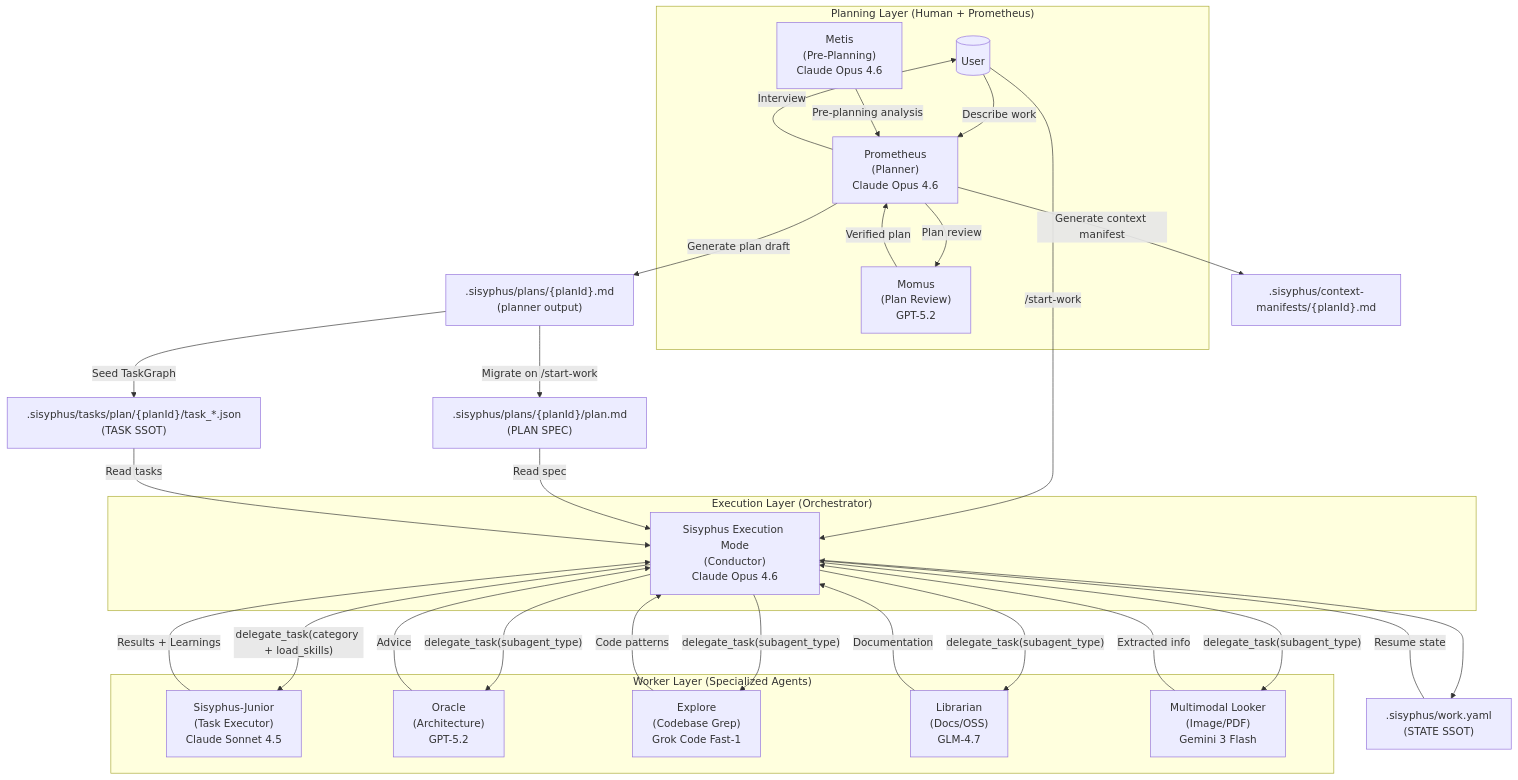
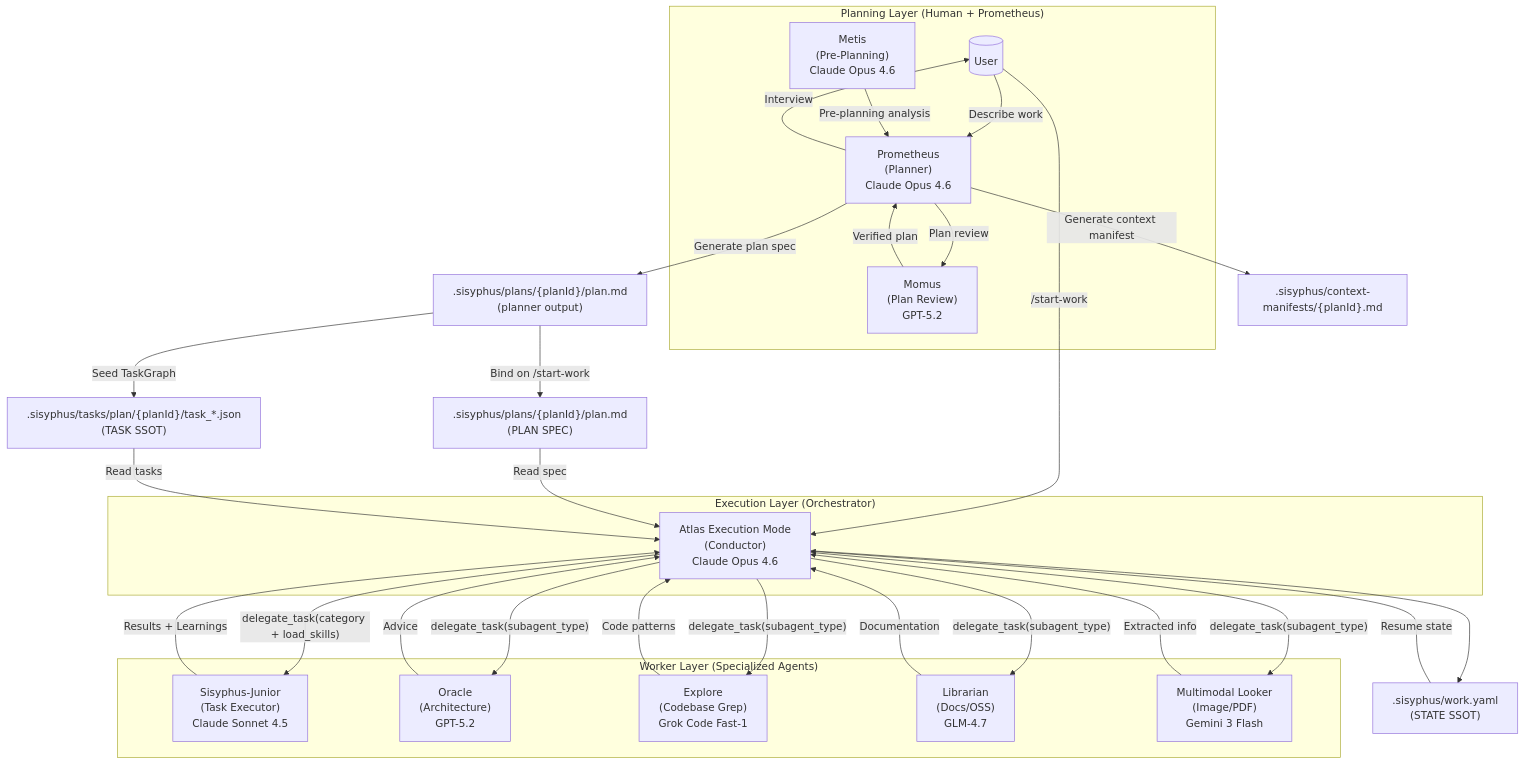
Before and after one commit to arcthur/oh-my-opencode: the first of 4 diagrams in docs/guide/understanding-orchestration-system.md, drawn with Mermaid. The commit also changed other lines of this file and 72 other files, not shown here.

First line of the commit message:
feat(execution): restore Atlas execution pipeline on SSOT

````diff
--- a/docs/guide/understanding-orchestration-system.md
+++ b/docs/guide/understanding-orchestration-system.md
@@ -22,49 +22,49 @@
 ```mermaid
 flowchart TB
     subgraph Planning["Planning Layer (Human + Prometheus)"]
         User[("User")]
         Prometheus["Prometheus<br/>(Planner)<br/>Claude Opus 4.6"]
         Metis["Metis<br/>(Pre-Planning)<br/>Claude Opus 4.6"]
         Momus["Momus<br/>(Plan Review)<br/>GPT-5.2"]
     end
     
     subgraph Execution["Execution Layer (Orchestrator)"]
-        Orchestrator["Sisyphus Execution Mode<br/>(Conductor)<br/>Claude Opus 4.6"]
+        Orchestrator["Atlas Execution Mode<br/>(Conductor)<br/>Claude Opus 4.6"]
     end
     
     subgraph Workers["Worker Layer (Specialized Agents)"]
         Junior["Sisyphus-Junior<br/>(Task Executor)<br/>Claude Sonnet 4.5"]
         Oracle["Oracle<br/>(Architecture)<br/>GPT-5.2"]
         Explore["Explore<br/>(Codebase Grep)<br/>Grok Code Fast-1"]
         Librarian["Librarian<br/>(Docs/OSS)<br/>GLM-4.7"]
         Multimodal["Multimodal Looker<br/>(Image/PDF)<br/>Gemini 3 Flash"]
     end
     
     User -->|"Describe work"| Prometheus
     Prometheus -->|"Interview"| User
-    Prometheus -->|"Generate plan draft"| PlanDraft[".sisyphus/plans/{planId}.md<br/>(planner output)"]
+    Prometheus -->|"Generate plan spec"| PlanSpec[".sisyphus/plans/{planId}/plan.md<br/>(planner output)"]
     Prometheus -->|"Generate context manifest"| Manifest[".sisyphus/context-manifests/{planId}.md"]
     Metis -->|"Pre-planning analysis"| Prometheus
     Prometheus -->|"Plan review"| Momus
     Momus -->|"Verified plan"| Prometheus
     
     User -->|"/start-work"| Orchestrator
     Orchestrator --> WorkState[".sisyphus/work.yaml<br/>(STATE SSOT)"]
-    PlanDraft -->|"Migrate on /start-work"| Plan[".sisyphus/plans/{planId}/plan.md<br/>(PLAN SPEC)"]
-    PlanDraft -->|"Seed TaskGraph"| TaskGraph[".sisyphus/tasks/plan/{planId}/task_*.json<br/>(TASK SSOT)"]
+    PlanSpec -->|"Bind on /start-work"| Plan[".sisyphus/plans/{planId}/plan.md<br/>(PLAN SPEC)"]
+    PlanSpec -->|"Seed TaskGraph"| TaskGraph[".sisyphus/tasks/plan/{planId}/task_*.json<br/>(TASK SSOT)"]
     Plan -->|"Read spec"| Orchestrator
     TaskGraph -->|"Read tasks"| Orchestrator
     WorkState -->|"Resume state"| Orchestrator
     
     Orchestrator -->|"delegate_task(category + load_skills)"| Junior
     Orchestrator -->|"delegate_task(subagent_type)"| Oracle
     Orchestrator -->|"delegate_task(subagent_type)"| Explore
     Orchestrator -->|"delegate_task(subagent_type)"| Librarian
     Orchestrator -->|"delegate_task(subagent_type)"| Multimodal
     
     Junior -->|"Results + Learnings"| Orchestrator
     Oracle -->|"Advice"| Orchestrator
     Explore -->|"Code patterns"| Orchestrator
     Librarian -->|"Documentation"| Orchestrator
     Multimodal -->|"Extracted info"| Orchestrator
 ```
````
